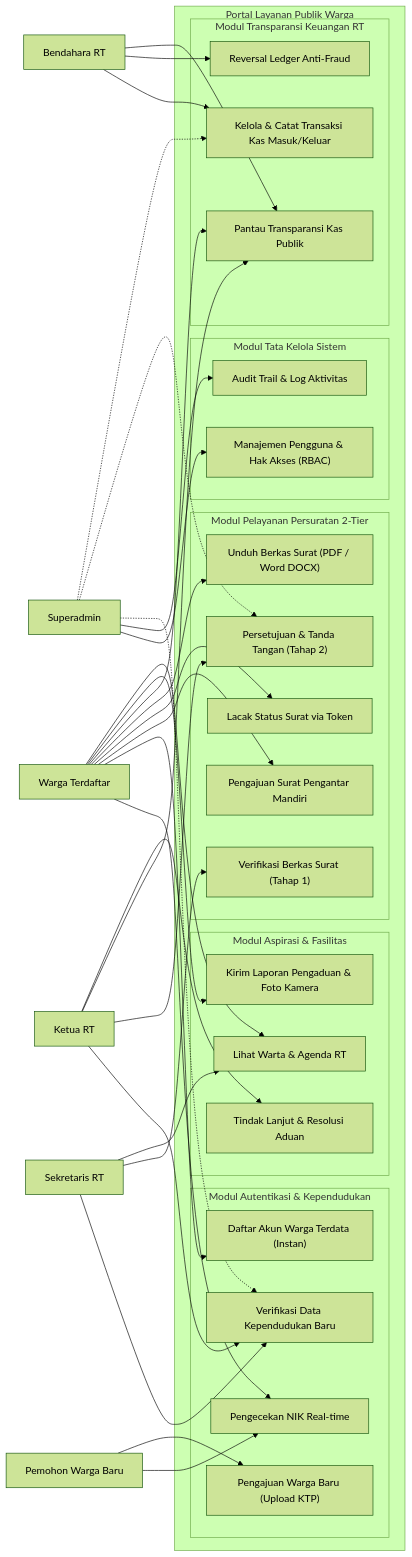
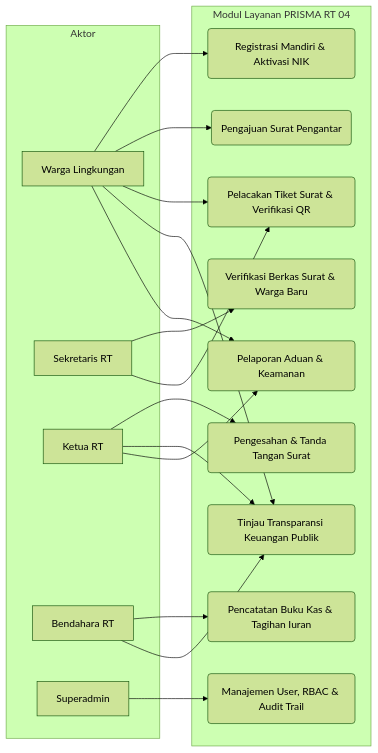
One commit to not162/platform-layanan-publik-warga changed the second of 6 diagrams in README.md. Above: the diagram before and after it, drawn with Mermaid (forest theme). The commit also changed other lines of this file and 17 other files, not shown here.

````diff
--- a/README.md
+++ b/README.md
@@ -423,75 +196,40 @@
 ```mermaid
 flowchart LR
-    Warga["Warga Terdaftar"]
-    PemohonBaru["Pemohon Warga Baru"]
-    Sekretaris["Sekretaris RT"]
-    Bendahara["Bendahara RT"]
-    KetuaRT["Ketua RT"]
-    Superadmin["Superadmin"]
-
-    subgraph Portal Layanan Publik Warga
-        subgraph Modul Autentikasi & Kependudukan
-            UC1["Pengecekan NIK Real-time"]
-            UC2["Daftar Akun Warga Terdata (Instan)"]
-            UC3["Pengajuan Warga Baru (Upload KTP)"]
-            UC4["Verifikasi Data Kependudukan Baru"]
-        end
-
-        subgraph Modul Pelayanan Persuratan 2-Tier
-            UC5["Pengajuan Surat Pengantar Mandiri"]
-            UC6["Lacak Status Surat via Token"]
-            UC7["Verifikasi Berkas Surat (Tahap 1)"]
-            UC8["Persetujuan & Tanda Tangan (Tahap 2)"]
-            UC9["Unduh Berkas Surat (PDF / Word DOCX)"]
-        end
-
-        subgraph Modul Transparansi Keuangan RT
-            UC10["Kelola & Catat Transaksi Kas Masuk/Keluar"]
-            UC11["Reversal Ledger Anti-Fraud"]
-            UC12["Pantau Transparansi Kas Publik"]
-        end
-
-        subgraph Modul Aspirasi & Fasilitas
-            UC13["Kirim Laporan Pengaduan & Foto Kamera"]
-            UC14["Tindak Lanjut & Resolusi Aduan"]
-            UC15["Lihat Warta & Agenda RT"]
-        end
-
-        subgraph Modul Tata Kelola Sistem
-            UC16["Manajemen Pengguna & Hak Akses (RBAC)"]
-            UC17["Audit Trail & Log Aktivitas"]
-        end
+    subgraph Aktor
+        W[Warga Lingkungan]
+        S[Sekretaris RT]
+        K[Ketua RT]
+        B[Bendahara RT]
+        SA[Superadmin]
     end
 
-    %% Relasi Aktor
-    PemohonBaru --> UC1
-    PemohonBaru --> UC3
+    subgraph Modul Layanan PRISMA RT 04
+        UC1(Registrasi Mandiri & Aktivasi NIK)
+        UC2(Pengajuan Surat Pengantar)
+        UC3(Verifikasi Berkas Surat & Warga Baru)
+        UC4(Pengesahan & Tanda Tangan Surat)
+        UC5(Pelacakan Tiket Surat & Verifikasi QR)
+        UC6(Pencatatan Buku Kas & Tagihan Iuran)
+        UC7(Tinjau Transparansi Keuangan Publik)
+        UC8(Pelaporan Aduan & Keamanan)
+        UC9(Manajemen User, RBAC & Audit Trail)
+    end
 
-    Warga --> UC1
-    Warga --> UC2
-    Warga --> UC5
-    Warga --> UC6
-    Warga --> UC9
-    Warga --> UC12
-    Warga --> UC13
-    Warga --> UC15
+    W --> UC1
+    W --> UC2
+    W --> UC5
+    W --> UC7
+    W --> UC8
 
-    Sekretaris --> UC4
-    Sekretaris --> UC7
-    Sekretaris --> UC15
+    S --> UC3
+    S --> UC5
 
-    KetuaRT --> UC4
-    KetuaRT --> UC8
-    KetuaRT --> UC12
-    KetuaRT --> UC14
+    K --> UC4
+    K --> UC7
+    K --> UC8
 
-    Bendahara --> UC10
-    Bendahara --> UC11
-    Bendahara --> UC12
+    B --> UC6
+    B --> UC7
 
-    Superadmin --> UC16
-    Superadmin --> UC17
-    Superadmin -.-> UC4
-    Superadmin -.-> UC8
-    Superadmin -.-> UC10
+    SA --> UC9
 ```
````
